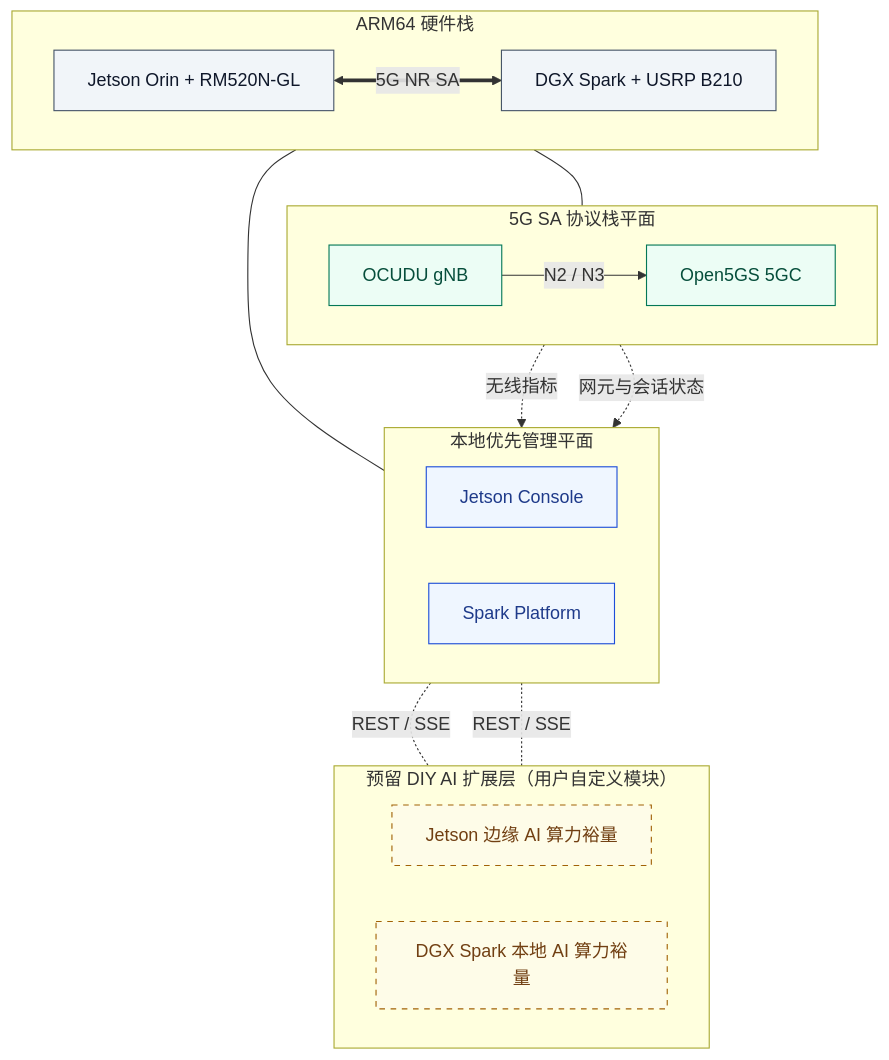
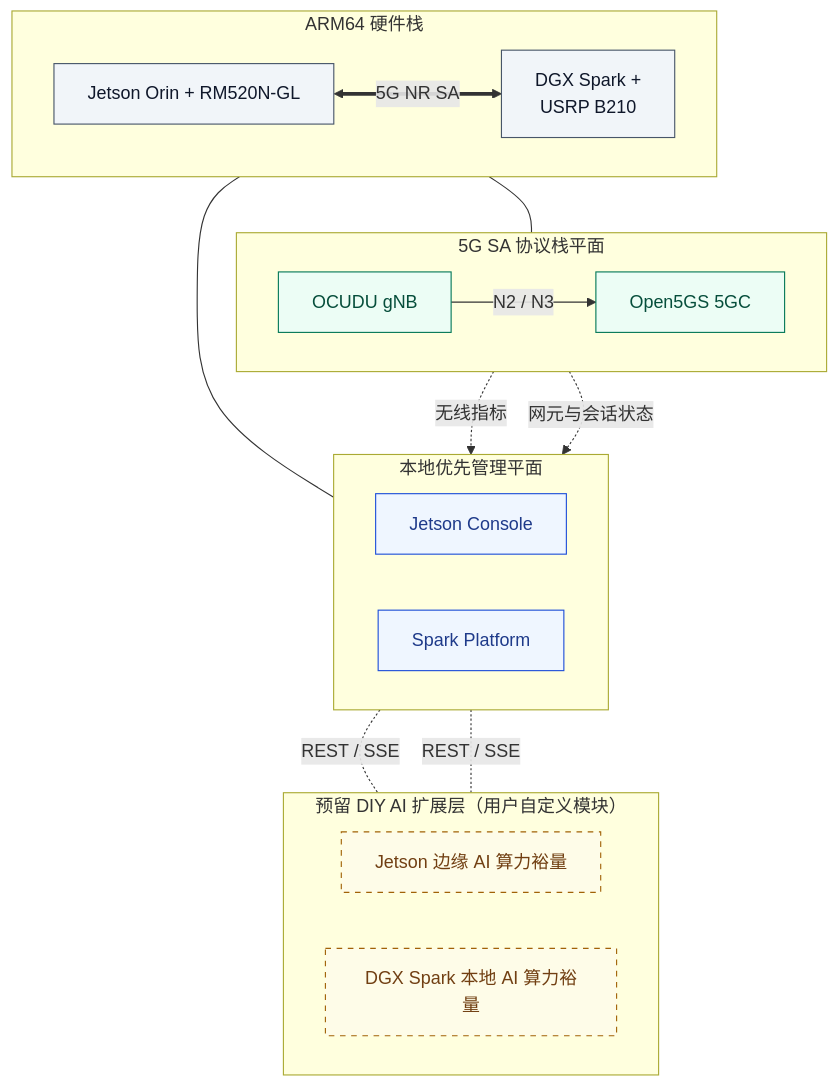
The diagram in README.zh-CN.md (HKUOpenSource/OpenAirKit), drawn with Mermaid before and after one commit. The commit also changed other lines of this file and 7 other files, not shown here.

Commit message:
docs: unify hardware image display proportions and wrap Spark+B210 diagram label

````diff
--- a/README.zh-CN.md
+++ b/README.zh-CN.md
@@ -44,40 +44,40 @@
 ```mermaid
 flowchart TB
   classDef hw fill:#f1f5f9,stroke:#475569,color:#0f172a
   classDef stack fill:#ecfdf5,stroke:#047857,color:#064e3b
   classDef mgmt fill:#eff6ff,stroke:#1d4ed8,color:#1e3a8a
   classDef ai fill:#fefce8,stroke:#a16207,stroke-dasharray:5 5,color:#713f12
 
   subgraph AI["预留 DIY AI 扩展层（用户自定义模块）"]
     direction LR
     JAI["Jetson 边缘 AI 算力裕量"]:::ai
     SAI["DGX Spark 本地 AI 算力裕量"]:::ai
   end
 
   subgraph MGMT["本地优先管理平面"]
     direction LR
     JC["Jetson Console"]:::mgmt
     SP["Spark Platform"]:::mgmt
   end
 
   subgraph STACK["5G SA 协议栈平面"]
     direction LR
     RAN["OCUDU gNB"]:::stack
     CORE["Open5GS 5GC"]:::stack
     RAN -- "N2 / N3" --> CORE
   end
 
   subgraph HW["ARM64 硬件栈"]
     direction LR
     UEHW["Jetson Orin + RM520N-GL"]:::hw
-    BSHW["DGX Spark + USRP B210"]:::hw
+    BSHW["DGX Spark +<br/>USRP B210"]:::hw
     UEHW <== "5G NR SA" ==> BSHW
   end
 
   UEHW --- JC
   BSHW --- RAN
   RAN -. "无线指标" .-> SP
   CORE -. "网元与会话状态" .-> SP
   JC -. "REST / SSE" .- JAI
   SP -. "REST / SSE" .- SAI
 ```
````
